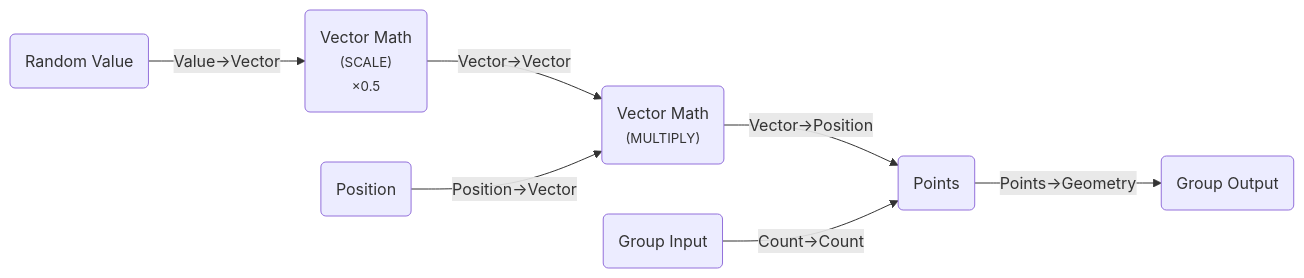
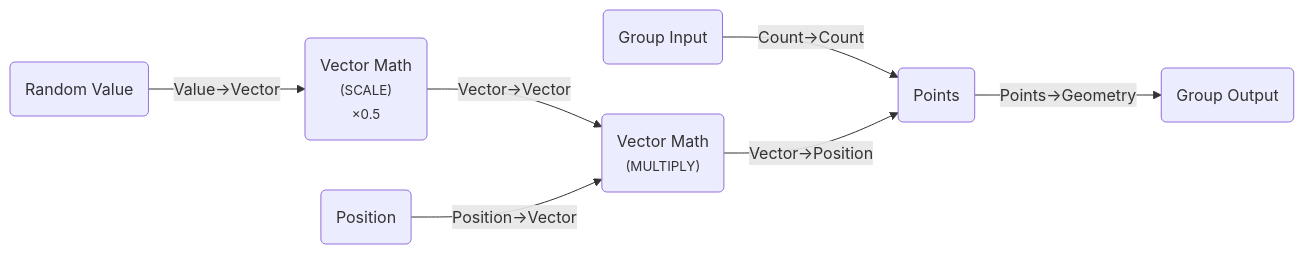
One commit to BradyAJohnston/nodebpy changed the fifth of 7 diagrams in introduction.llms.md. Above: the diagram before and after it, drawn with Mermaid. The commit also changed other lines of this file and 104 other files, not shown here.

````diff
--- a/introduction.llms.md
+++ b/introduction.llms.md
@@ -125,16 +120,16 @@
 ``` mermaid
 graph LR
     N0("Group Input"):::default-node
     N1("Random Value"):::converter-node
     N2("Vector Math<br/><small>(SCALE)</small><br/><small>×0.5</small>"):::vector-node
     N3("Position"):::input-node
     N4("Vector Math<br/><small>(MULTIPLY)</small>"):::vector-node
     N5("Points"):::geometry-node
     N6("Group Output"):::default-node
     N1 -->|"Value->Vector"| N2
     N2 -->|"Vector->Vector"| N4
     N3 -->|"Position->Vector"| N4
+    N0 -->|"Count->Count"| N5
     N4 -->|"Vector->Position"| N5
-    N0 -->|"Count->Count"| N5
     N5 -->|"Points->Geometry"| N6
 ```
````
